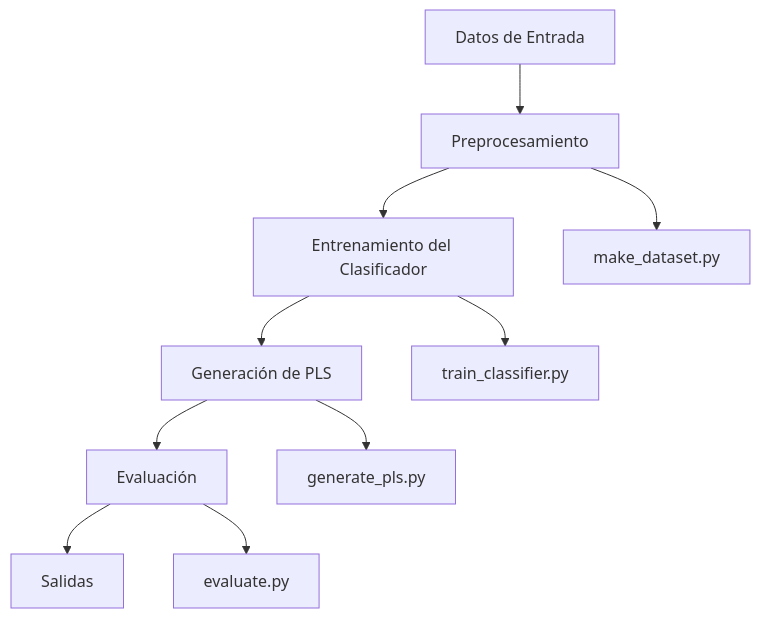
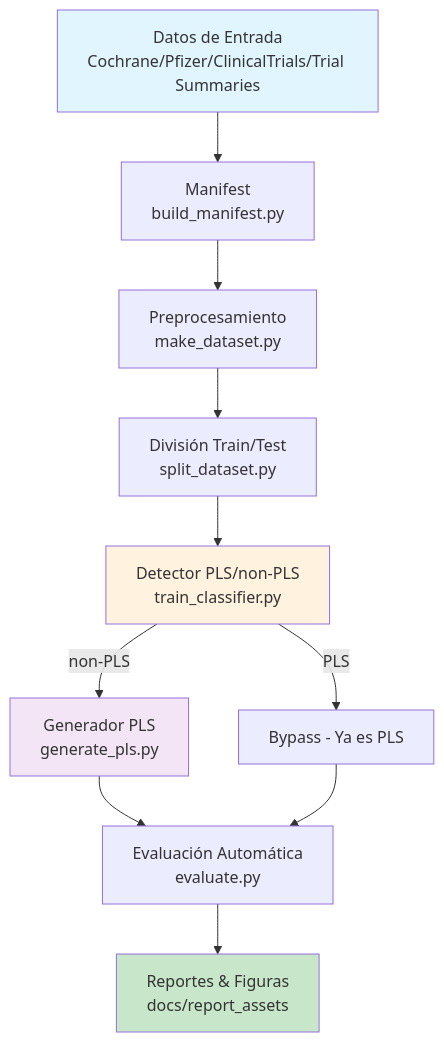
The diagram in docs/prototype.md (ingcarloschaparro/pds-proyecto-final), drawn with Mermaid before and after one commit. The commit also changed other lines of this file, not shown here.

Commit message:
docs: actualizar maqueta del prototipo

````diff
--- a/docs/prototype.md
+++ b/docs/prototype.md
@@ -8,13 +49,17 @@
 ```mermaid
 graph TD
-    A[Datos de Entrada] --> B[Preprocesamiento]
-    B --> C[Entrenamiento del Clasificador]
-    C --> D[Generación de PLS]
-    D --> E[Evaluación]
-    E --> F[Salidas]
+    A[Datos de Entrada<br/>Cochrane/Pfizer/ClinicalTrials/Trial Summaries] --> B[Manifest<br/>build_manifest.py]
+    B --> C[Preprocesamiento<br/>make_dataset.py]
+    C --> D[División Train/Test<br/>split_dataset.py]
+    D --> E[Detector PLS/non-PLS<br/>train_classifier.py]
+    E -->|non-PLS| G[Generador PLS<br/>generate_pls.py]
+    E -->|PLS| H[Bypass - Ya es PLS]
+    G --> I[Evaluación Automática<br/>evaluate.py]
+    H --> I
+    I --> J[Reportes & Figuras<br/>docs/report_assets]
     
-    B --> G[make_dataset.py]
-    C --> H[train_classifier.py]
-    D --> I[generate_pls.py]
-    E --> J[evaluate.py]
+    style A fill:#e1f5fe
+    style J fill:#c8e6c9
+    style E fill:#fff3e0
+    style G fill:#f3e5f5
 ```
````
